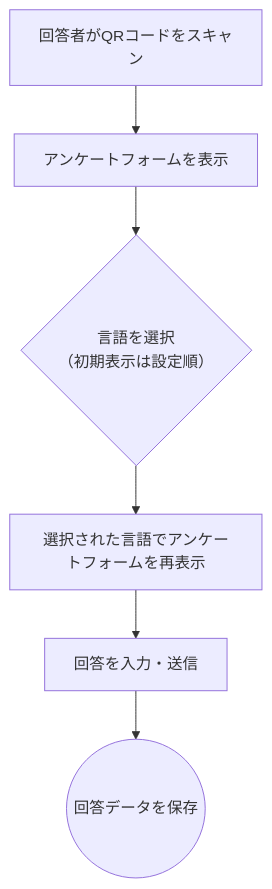
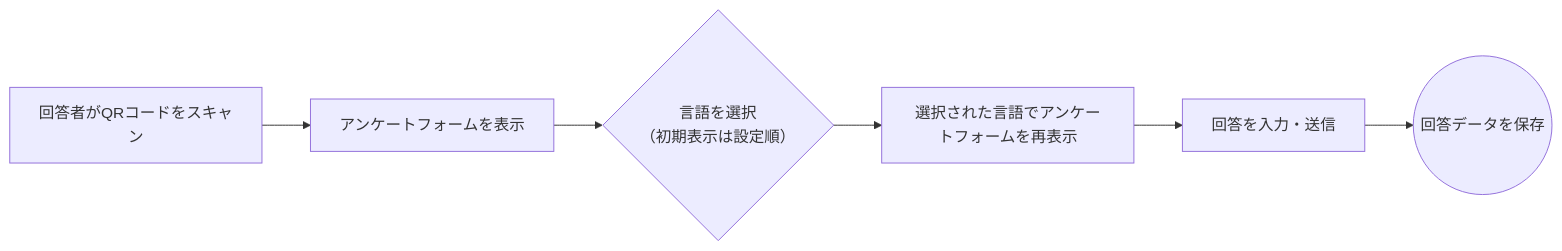
The second of 4 diagrams in docs/product/requirements/multilingual_requirements.md (AbroadUmedaShota/SPPED-AD-TEST), drawn with Mermaid before and after one commit. The commit also changed other lines of this file and 3 other files, not shown here.

````diff
--- a/docs/product/requirements/multilingual_requirements.md
+++ b/docs/product/requirements/multilingual_requirements.md
@@ -32,8 +42,8 @@
 ```mermaid
-graph TD
+graph LR
     A[回答者がQRコードをスキャン] --> B[アンケートフォームを表示];
     B --> C{言語を選択<br/>（初期表示は設定順）};
     C --> D[選択された言語でアンケートフォームを再表示];
     D --> E[回答を入力・送信];
     E --> F((回答データを保存));
 ```
````
